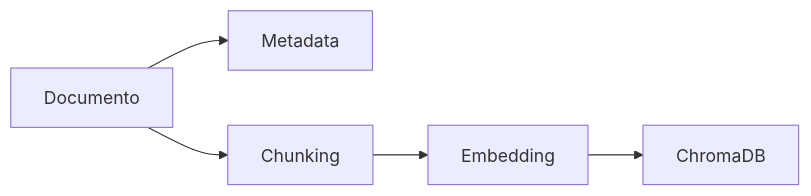
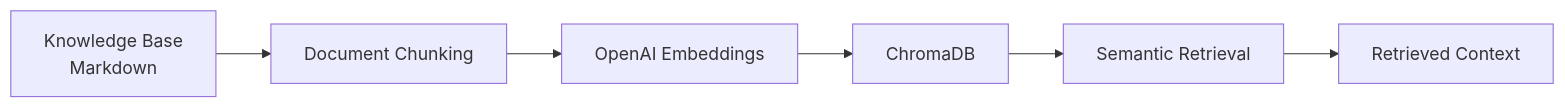
Before and after one commit to marcosaccani1/maranello-ai: the second of 5 diagrams in docs/it/04_Data_Model.md, drawn with Mermaid. The commit also changed other lines of this file and 7 other files, not shown here.

````diff
--- a/docs/it/04_Data_Model.md
+++ b/docs/it/04_Data_Model.md
@@ -278,21 +549,25 @@
 ```mermaid
 flowchart LR
 
-Document["Documento"]
+    Documents["Knowledge Base<br/>Markdown"]
 
-Metadata["Metadata"]
+    Chunking["Document Chunking"]
 
-Chunk["Chunking"]
+    Embeddings["OpenAI Embeddings"]
 
-Embedding["Embedding"]
+    Chroma["ChromaDB"]
 
-Vector["ChromaDB"]
+    Retrieval["Semantic Retrieval"]
 
-Document --> Metadata
+    Context["Retrieved Context"]
 
-Document --> Chunk
+    Documents --> Chunking
 
-Chunk --> Embedding
+    Chunking --> Embeddings
 
-Embedding --> Vector
+    Embeddings --> Chroma
+
+    Chroma --> Retrieval
+
+    Retrieval --> Context
 ```
````
